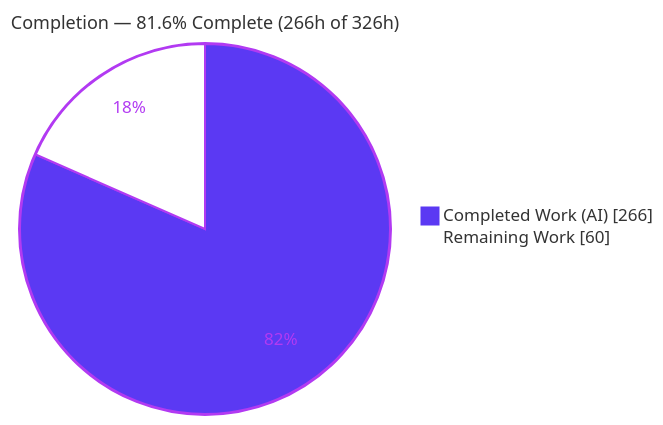
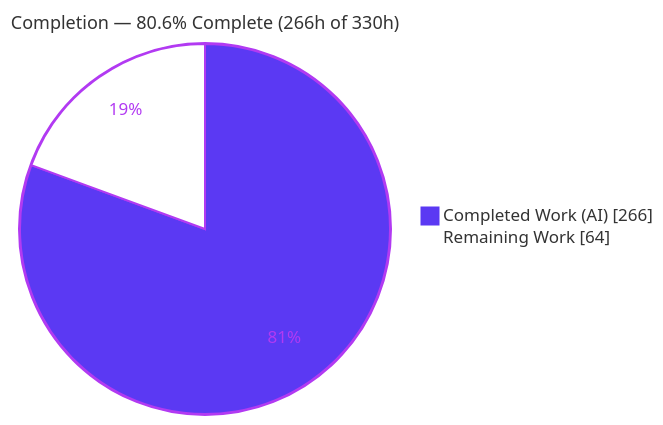
One commit to blitzy-public-samples/ecommerce-shop changed the first of 3 diagrams in blitzy/documentation/Project Guide.md. Above: the diagram before and after it, drawn with Mermaid. The commit also changed other lines of this file, not shown here.

Commit message:
Adding Blitzy Project Guide: Project Status and Human Tasks Remaining

````diff
--- a/blitzy/documentation/Project Guide.md
+++ b/blitzy/documentation/Project Guide.md
@@ -19,6 +19,6 @@
 ```mermaid
 %%{init: {'theme':'base', 'themeVariables': {'pie1':'#5B39F3','pie2':'#FFFFFF','pieStrokeColor':'#B23AF2','pieOuterStrokeColor':'#B23AF2','pieStrokeWidth':'2px','pieOpacity':'1','pieSectionTextColor':'#B23AF2','pieTitleTextSize':'18px'}}}%%
-pie showData title Completion — 81.6% Complete (266h of 326h)
+pie showData title Completion — 80.6% Complete (266h of 330h)
     "Completed Work (AI)" : 266
-    "Remaining Work" : 60
+    "Remaining Work" : 64
 ```
````
